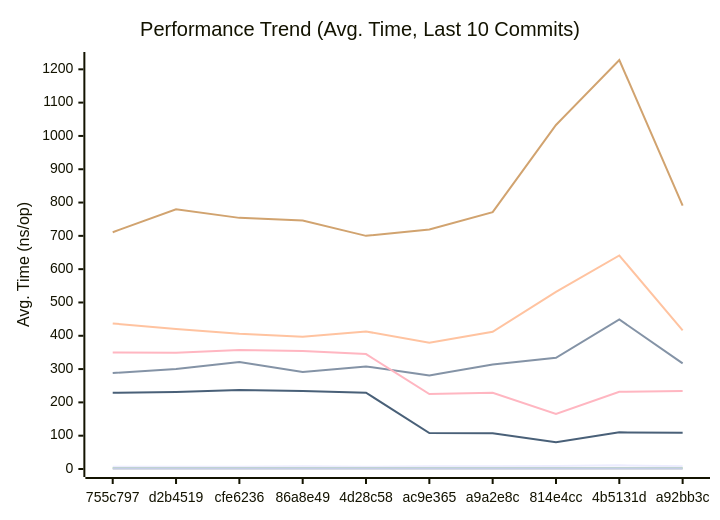
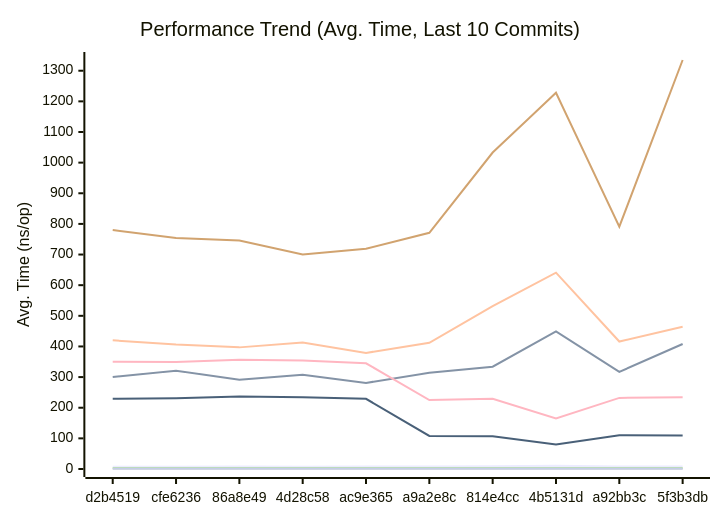
Before and after one commit to alsotoes/momo: the first of 3 diagrams in docs/PERFORMANCE.md, drawn with Mermaid. The commit also changed other lines of this file and 3 other files, not shown here.

````diff
--- a/docs/PERFORMANCE.md
+++ b/docs/PERFORMANCE.md
@@ -80,16 +80,16 @@
 ```mermaid
 xychart-beta
     title "Performance Trend (Avg. Time, Last 10 Commits)"
     x-axis "Commit"
     y-axis "Avg. Time (ns/op)"
-    x-axis [755c797,d2b4519,cfe6236,86a8e49,4d28c58,ac9e365,a9a2e8c,814e4cc,4b5131d,a92bb3c]
-    line "CheckMetricsAndSwap" [7,7,7,8,7,8,8,9,11,8]
-    line "CrushOptimized" [288,300,321,291,308,281,314,334,449,317]
-    line "CrushOriginal" [437,420,406,397,413,379,412,532,641,416]
+    x-axis [d2b4519,cfe6236,86a8e49,4d28c58,ac9e365,a9a2e8c,814e4cc,4b5131d,a92bb3c,5f3b3db]
+    line "CheckMetricsAndSwap" [7,7,8,7,8,8,9,11,8,8]
+    line "CrushOptimized" [300,321,291,308,281,314,334,449,317,408]
+    line "CrushOriginal" [420,406,397,413,379,412,532,641,416,464]
     line "IndexDirectTracking" [0,0,0,0,0,0,0,0,0,0]
     line "IndexSearch" [3,3,3,3,3,3,3,3,3,3]
-    line "LoadGlobalConfig" [711,780,754,746,700,719,771,1033,1228,791]
+    line "LoadGlobalConfig" [780,754,746,700,719,771,1033,1228,791,1335]
     line "PadString" [2,2,2,2,2,2,2,2,2,2]
     line "ParseReplicationOrder_NoPrealloc" [350,349,357,354,345,225,229,165,232,234]
     line "ParseReplicationOrder_Prealloc" [229,231,237,234,229,108,107,80,110,109]
 ```
````
